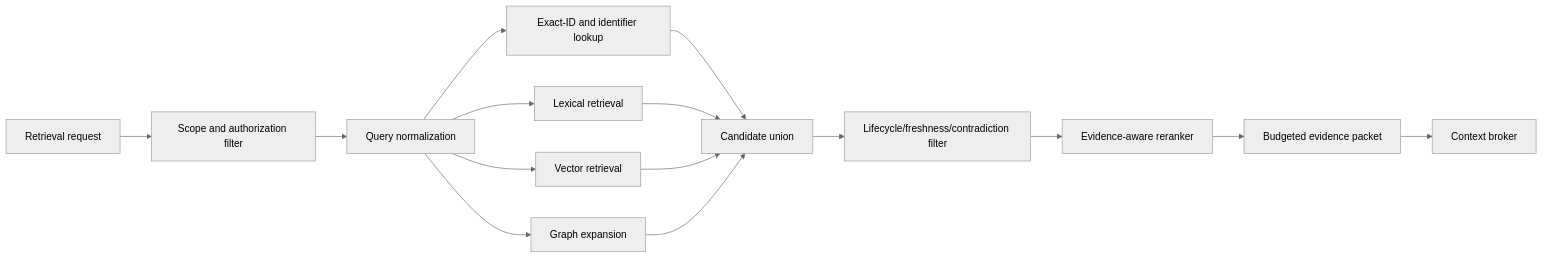
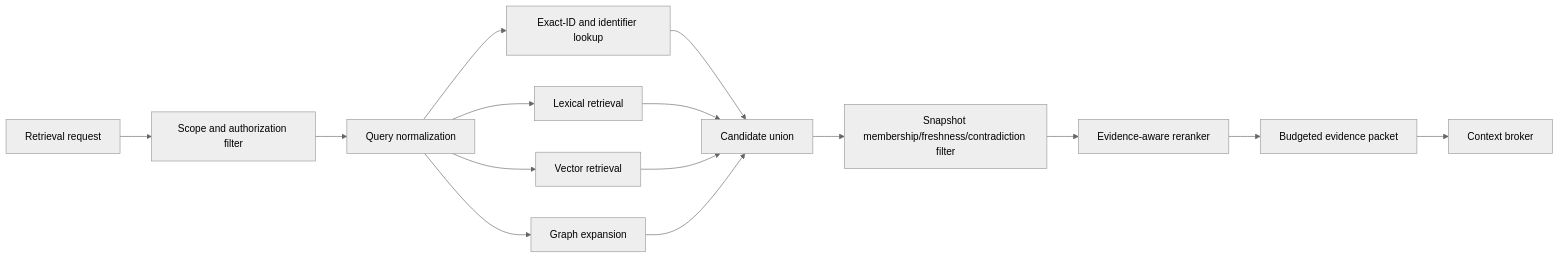
The diagram in docs/architecture/knowledge-system/STORAGE_PROJECTION_AND_RETRIEVAL.md (HaggisSupper/erasmus-protomenta), drawn with Mermaid (neutral theme) before and after one commit. The commit also changed other lines of this file and 24 other files, not shown here.

````diff
--- a/docs/architecture/knowledge-system/STORAGE_PROJECTION_AND_RETRIEVAL.md
+++ b/docs/architecture/knowledge-system/STORAGE_PROJECTION_AND_RETRIEVAL.md
@@ -653,17 +892,17 @@
 ```mermaid
 flowchart LR
     Q[Retrieval request] --> A[Scope and authorization filter]
     A --> N[Query normalization]
     N --> E[Exact-ID and identifier lookup]
     N --> L[Lexical retrieval]
     N --> V[Vector retrieval]
     N --> G[Graph expansion]
     E --> U[Candidate union]
     L --> U
     V --> U
     G --> U
-    U --> F[Lifecycle/freshness/contradiction filter]
+    U --> F[Snapshot membership/freshness/contradiction filter]
     F --> R[Evidence-aware reranker]
     R --> B[Budgeted evidence packet]
     B --> C[Context broker]
 ```
````
